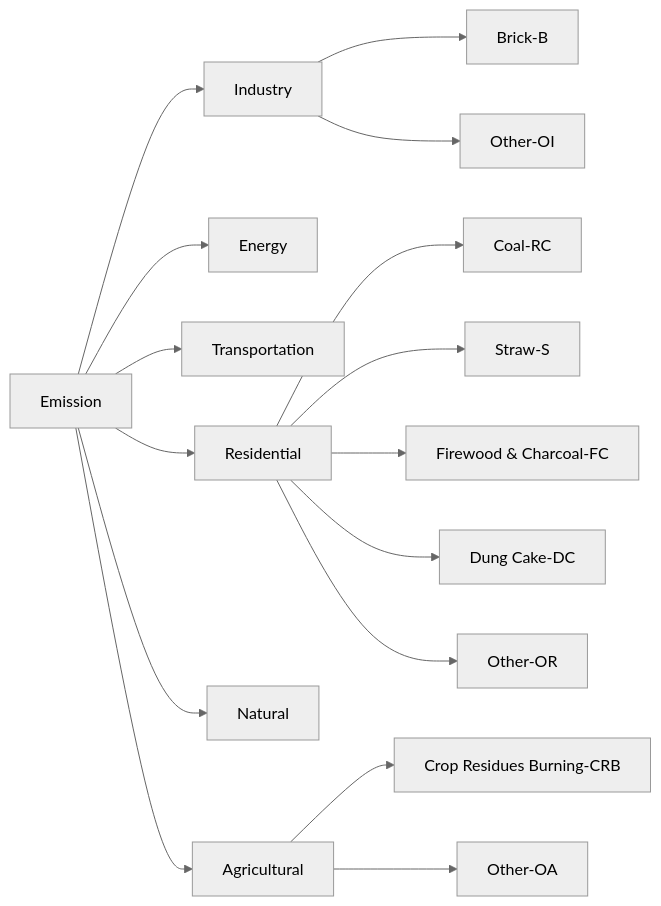
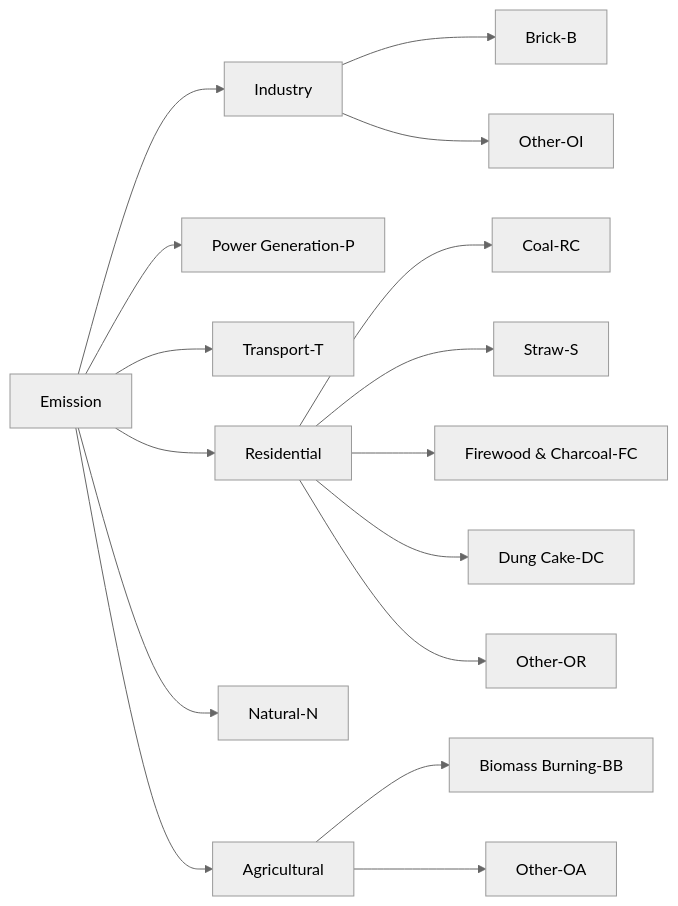
One commit to BurntSisyphus/BurntSisyphus.github.io changed the diagram in assets/Sectors.md. Above: the diagram before and after it, drawn with Mermaid (neutral theme). The commit also changed other lines of this file and 11 other files, not shown here.

````diff
--- a/assets/Sectors.md
+++ b/assets/Sectors.md
@@ -5,19 +5,19 @@
 ```mermaid
 graph LR;
 	A[Emission]
 	A --> C[Industry]
-	A --> B[Energy]
-	A --> D[Transportation]
+	A --> B[Power Generation-P]
+	A --> D[Transport-T]
 	A --> E[Residential]
-	A --> N[Natural]
+	A --> N[Natural-N]
 	A --> F[Agricultural]
 	C --> G[Brick-B]
 	C --> H[Other-OI]
 	E --> I[Coal-RC]
 	E --> J[Straw-S]
 	E --> K[Firewood & Charcoal-FC]
 	E --> L[Dung Cake-DC]
 	E --> M[Other-OR]
-	F --> O[Crop Residues Burning-CRB]
+	F --> O[Biomass Burning-BB]
 	F --> P[Other-OA]
 ```
````
